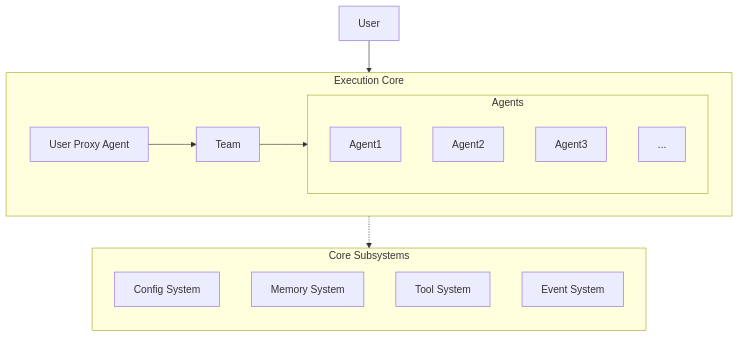
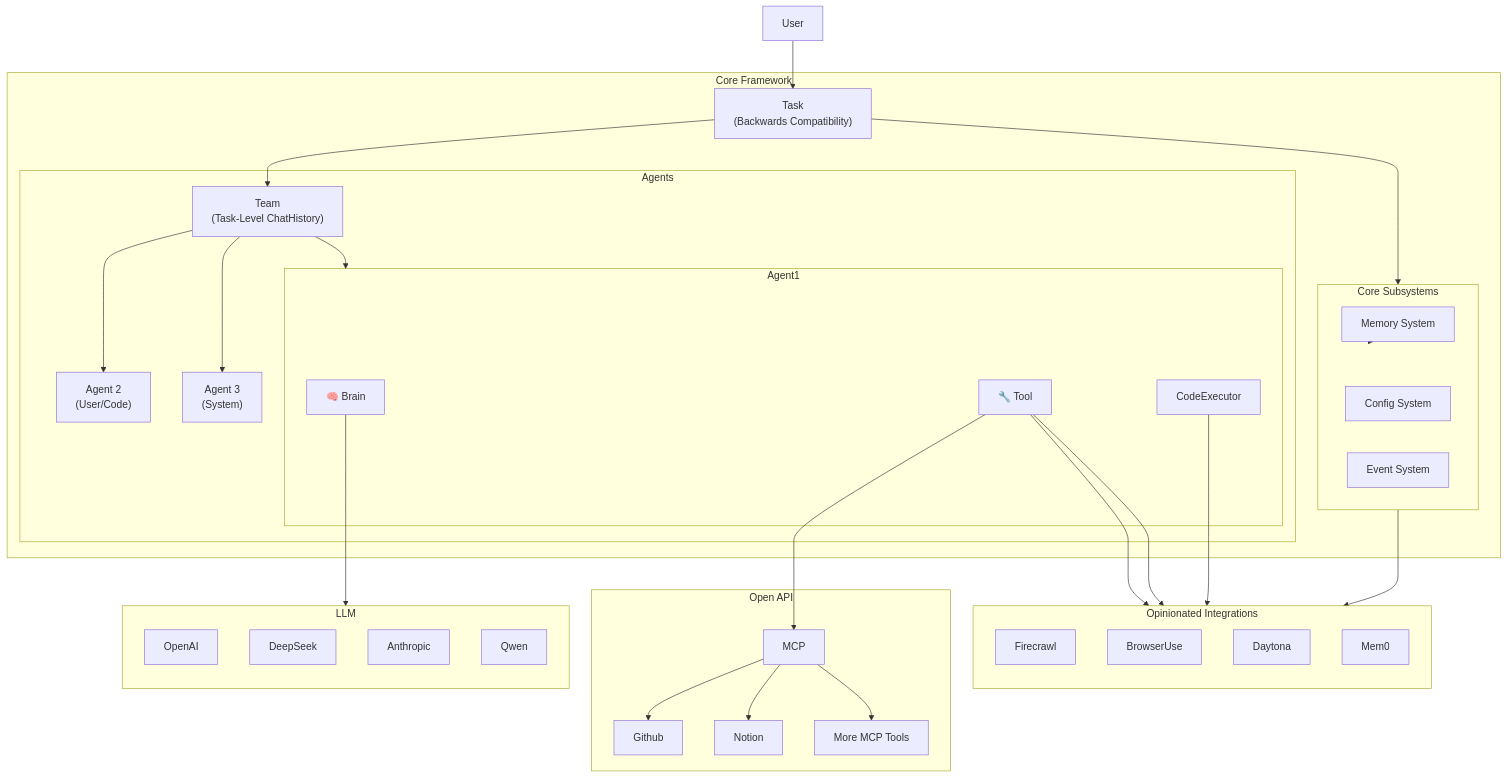
One commit to dustland/roboco changed the diagram in docs/system-architecture.md. Above: the diagram before and after it, drawn with Mermaid. The commit also changed other lines of this file and 70 other files, not shown here.

Commit message:
feat: update Roboco framework to version 0.8.0 with enhanced multi-agent capabilities, improved documentation, and integration of best-in-class tools for better performance and usability

````diff
--- a/docs/system-architecture.md
+++ b/docs/system-architecture.md
@@ -28,27 +36,62 @@
 ```mermaid
 flowchart TB
-    User["User"] --> Proxy
+    User["User"] --> Task
 
-    subgraph EC["Execution Core"]
-        direction LR
-        Proxy["User Proxy Agent"] --> Team["Team"]
-        Team --> Agents
-        subgraph Agents["Agents"]
-            direction TB
-            A1["Agent1"]:::agent
-            A2["Agent2"]:::agent
-            A3["Agent3"]:::agent
-            A4["..."]:::agent
+    Task --> Team
+    Task --> CS
+
+    subgraph CF["Core Framework"]
+        Task["Task<br/>(Backwards Compatibility)"]
+        Team["Team<br/>(Task-Level ChatHistory)"]
+
+        subgraph "Agents"
+          Team --> Agent1["Agent 1<br/>(Assistant)"]
+          Team --> Agent2["Agent 2<br/>(User/Code)"]
+          Team --> Agent3["Agent 3<br/>(System)"]
+
+          subgraph "Agent1"
+              Brain["🧠 Brain"]
+              Tool["🔧 Tool"]
+              CodeExecutor["CodeExecutor"]
+          end
+        end
+
+        subgraph CS["Core Subsystems"]
+            direction LR
+            MS["Memory System"]:::sub
+            Config["Config System"]:::sub
+            ES["Event System"]:::sub
         end
     end
 
-    EC -.-> CS
+    subgraph LLM["LLM"]
+      direction TB
+      OpenAI
+      DeepSeek
+      Anthropic
+      Qwen
+    end
 
-    subgraph CS["Core Subsystems"]
-        direction TB
-        Config["Config System"]:::sub
-        Memory["Memory System"]:::sub
-        Tool["Tool System"]:::sub
-        Event["Event System"]:::sub
+    subgraph ToolIntegration["Opinionated Integrations"]
+      direction TB
+      Firecrawl
+      BrowserUse
+      Daytona
+      Mem0
     end
+
+    subgraph OpenAPI["Open API"]
+      MCP["MCP"]
+      MCP --> Github
+      MCP --> Notion
+      MCP --> MCPTools["More MCP Tools"]
+    end
+
+    CF --> CS
+    Brain --> LLM
+    Tool --> Firecrawl
+    Tool --> BrowserUse
+    Tool --> MCP
+    MS --> Mem0
+    CodeExecutor --> Daytona
 ```
````
